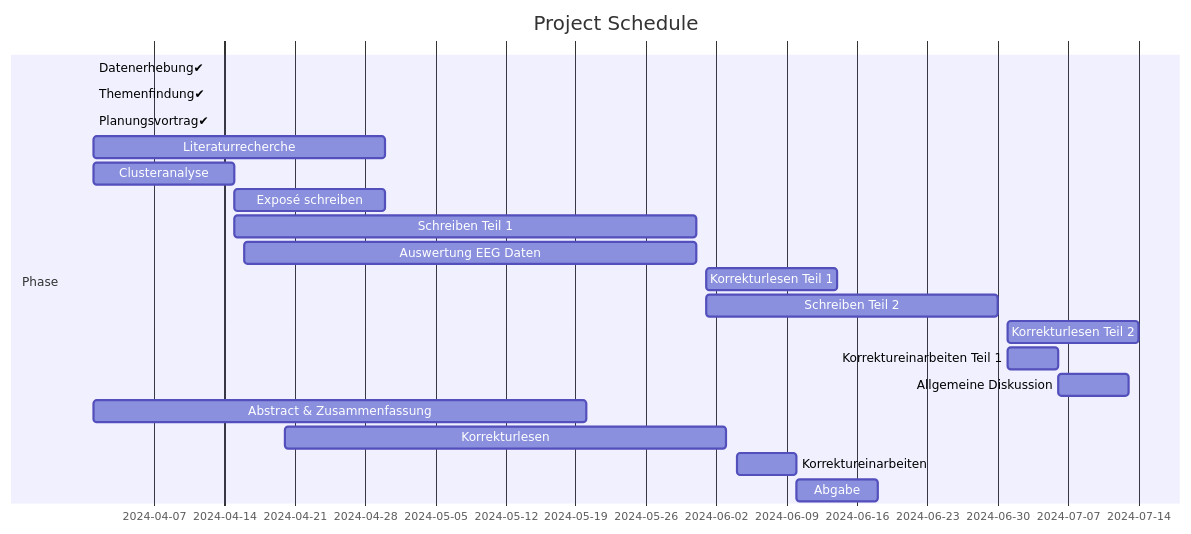
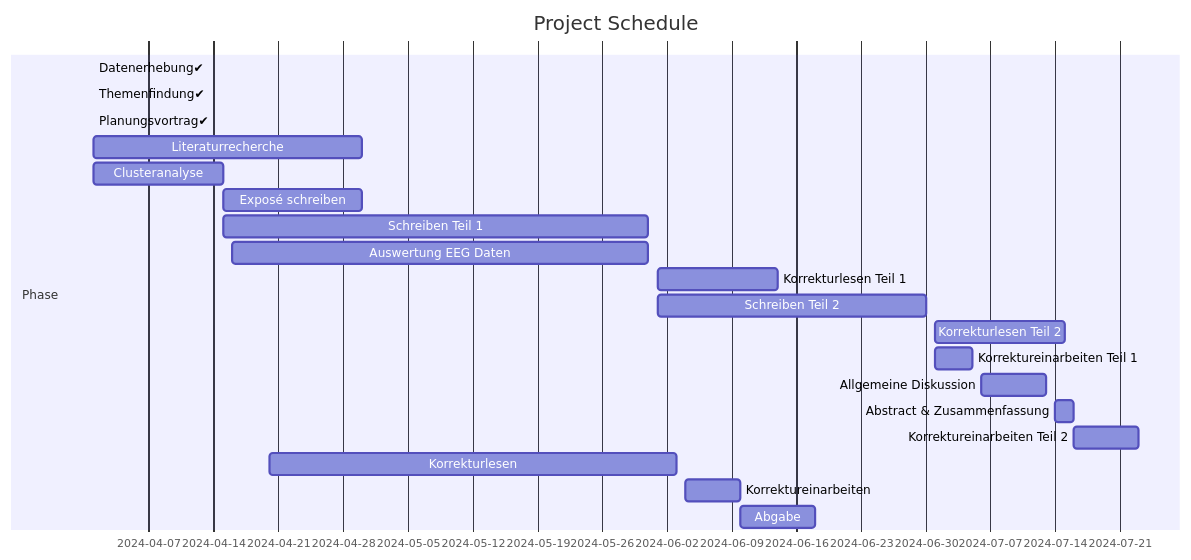
The diagram in README.md (JankaMarlene/masters_thesis), drawn with Mermaid before and after one commit.

````diff
--- a/README.md
+++ b/README.md
@@ -8,25 +8,25 @@
 ```mermaid
 gantt
     title Project Schedule
     dateFormat YYYY-MM-DD
 
     section Phase
     Datenerhebung✔            : 2024-04-01, 2024-04-01
     Themenfindung✔            : 2024-04-01, 2024-04-01
     Planungsvortrag✔          : 2024-04-01, 2024-04-01
     Literaturrecherche         : 2024-04-01, 2024-04-30
     Clusteranalyse             : 2024-04-01, 2024-04-15
     Exposé schreiben           : 2024-04-15, 2024-04-30
     Schreiben Teil 1           : 2024-04-15, 2024-05-31
     Auswertung EEG Daten       : 2024-04-16, 2024-05-31
     Korrekturlesen Teil 1      : 2024-06-01, 2024-06-14
     Schreiben Teil 2           : 2024-06-01, 2024-06-30
-    Korrekturlesen Teil 2      : 2024-07-01, 2024-07-14
-    Korrektureinarbeiten Teil 1 : 2024-07-01, 2024-07-06
+    Korrekturlesen Teil 2      : 2024-07-01, 2024-07-15
+    Korrektureinarbeiten Teil 1 : 2024-07-01, 2024-07-05
     Allgemeine Diskussion      : 2024-07-06, 2024-07-13
-
-    Abstract & Zusammenfassung : 2024-04-01, 2024-05-20
+    Abstract & Zusammenfassung : 2024-07-14, 2024-07-16
+    Korrektureinarbeiten Teil 2 : 2024-07-16, 2024-07-23
     Korrekturlesen             : 2024-04-20, 2024-06-03
     Korrektureinarbeiten       : 2024-06-04, 2024-06-10           
     Abgabe                     : 2024-06-10, 2024-06-18
 ```
````
